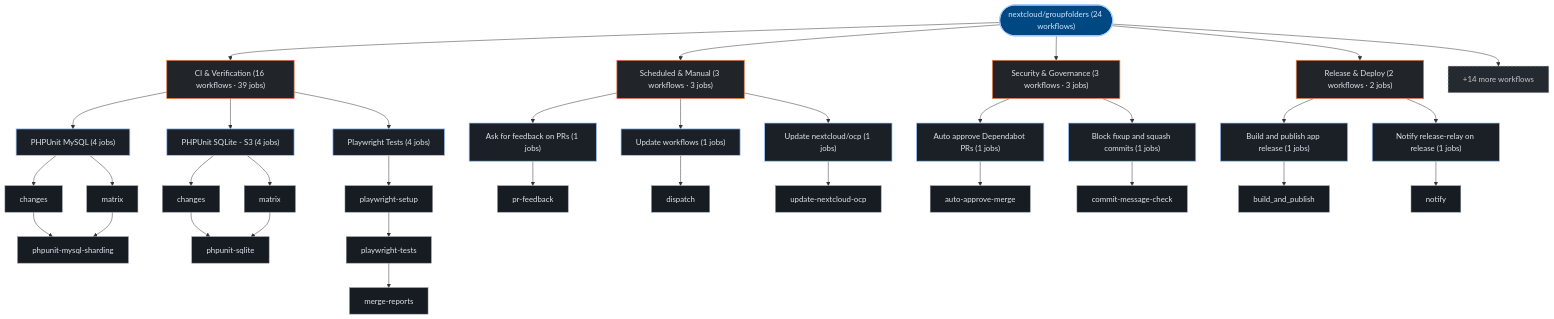
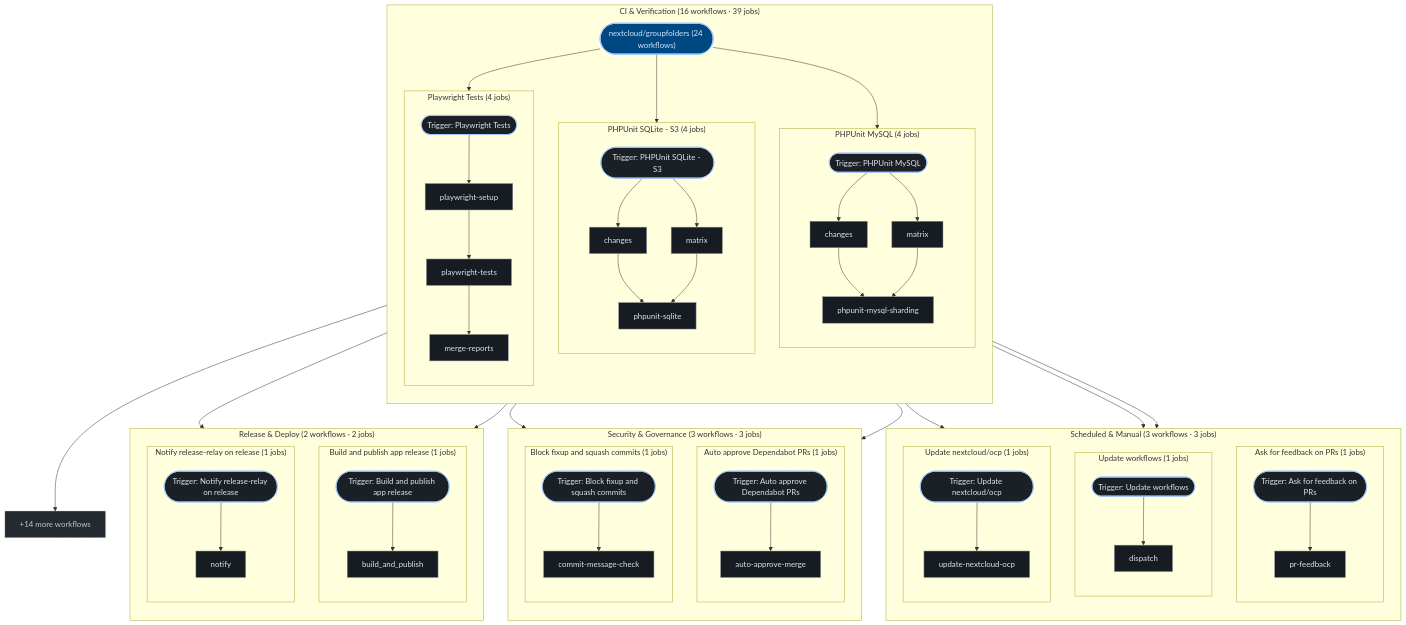
The third of 3 diagrams in exports/latest/reports/nextcloud-groupfolders-report.md (kumarshaz/atruss-code-atlas), drawn with Mermaid before and after one commit. The commit also changed 181 other files, not shown here.

````diff
--- a/exports/latest/reports/nextcloud-groupfolders-report.md
+++ b/exports/latest/reports/nextcloud-groupfolders-report.md
@@ -232,68 +232,102 @@
   classDef atlasAlert fill:#93000a,stroke:#ffb4ab,stroke-width:1.5px,color:#ffdad6
   classDef atlasMore fill:#252a31,stroke:#8d9199,stroke-dasharray:4 4,color:#c3c6cf
   pipeline_root(["nextcloud/groupfolders (24 workflows)"]):::atlasRoot
-  grp_0_CI___Verification["CI & Verification (16 workflows · 39 jobs)"]:::atlasCategory
-  pipeline_root --> grp_0_CI___Verification
-  wf_12_PHPUnit_MySQL["PHPUnit MySQL (4 jobs)"]:::atlasWorkflow
-  grp_0_CI___Verification --> wf_12_PHPUnit_MySQL
-  job_12_matrix["matrix"]:::atlasJob
-  job_12_changes["changes"]:::atlasJob
-  job_12_phpunit_mysql_sharding["phpunit-mysql-sharding"]:::atlasJob
-  wf_12_PHPUnit_MySQL --> job_12_matrix
-  wf_12_PHPUnit_MySQL --> job_12_changes
-  job_12_changes --> job_12_phpunit_mysql_sharding
-  job_12_matrix --> job_12_phpunit_mysql_sharding
-  wf_16_PHPUnit_SQLite___S3["PHPUnit SQLite - S3 (4 jobs)"]:::atlasWorkflow
-  grp_0_CI___Verification --> wf_16_PHPUnit_SQLite___S3
-  job_16_matrix["matrix"]:::atlasJob
-  job_16_changes["changes"]:::atlasJob
-  job_16_phpunit_sqlite["phpunit-sqlite"]:::atlasJob
-  wf_16_PHPUnit_SQLite___S3 --> job_16_matrix
-  wf_16_PHPUnit_SQLite___S3 --> job_16_changes
-  job_16_changes --> job_16_phpunit_sqlite
-  job_16_matrix --> job_16_phpunit_sqlite
-  wf_18_Playwright_Tests["Playwright Tests (4 jobs)"]:::atlasWorkflow
-  grp_0_CI___Verification --> wf_18_Playwright_Tests
-  job_18_playwright_setup["playwright-setup"]:::atlasJob
-  job_18_playwright_tests["playwright-tests"]:::atlasJob
-  job_18_merge_reports["merge-reports"]:::atlasJob
-  wf_18_Playwright_Tests --> job_18_playwright_setup
-  job_18_playwright_setup --> job_18_playwright_tests
-  job_18_playwright_tests --> job_18_merge_reports
-  grp_1_Scheduled___Manual["Scheduled & Manual (3 workflows · 3 jobs)"]:::atlasCategory
-  pipeline_root --> grp_1_Scheduled___Manual
-  wf_19_Ask_for_feedback_on_PRs["Ask for feedback on PRs (1 jobs)"]:::atlasWorkflow
-  grp_1_Scheduled___Manual --> wf_19_Ask_for_feedback_on_PRs
-  job_19_pr_feedback["pr-feedback"]:::atlasJob
-  wf_19_Ask_for_feedback_on_PRs --> job_19_pr_feedback
-  wf_22_Update_workflows["Update workflows (1 jobs)"]:::atlasWorkflow
-  grp_1_Scheduled___Manual --> wf_22_Update_workflows
-  job_22_dispatch["dispatch"]:::atlasJob
-  wf_22_Update_workflows --> job_22_dispatch
-  wf_23_Update_nextcloud_ocp["Update nextcloud/ocp (1 jobs)"]:::atlasWorkflow
-  grp_1_Scheduled___Manual --> wf_23_Update_nextcloud_ocp
-  job_23_update_nextcloud_ocp["update-nextcloud-ocp"]:::atlasJob
-  wf_23_Update_nextcloud_ocp --> job_23_update_nextcloud_ocp
-  grp_2_Security___Governance["Security & Governance (3 workflows · 3 jobs)"]:::atlasCategory
-  pipeline_root --> grp_2_Security___Governance
-  wf_1_Auto_approve_Dependabot_PRs["Auto approve Dependabot PRs (1 jobs)"]:::atlasWorkflow
-  grp_2_Security___Governance --> wf_1_Auto_approve_Dependabot_PRs
-  job_1_auto_approve_merge["auto-approve-merge"]:::atlasJob
-  wf_1_Auto_approve_Dependabot_PRs --> job_1_auto_approve_merge
-  wf_2_Block_fixup_and_squash_commits["Block fixup and squash commits (1 jobs)"]:::atlasWorkflow
-  grp_2_Security___Governance --> wf_2_Block_fixup_and_squash_commits
-  job_2_commit_message_check["commit-message-check"]:::atlasJob
-  wf_2_Block_fixup_and_squash_commits --> job_2_commit_message_check
-  grp_3_Release___Deploy["Release & Deploy (2 workflows · 2 jobs)"]:::atlasCategory
-  pipeline_root --> grp_3_Release___Deploy
-  wf_0_Build_and_publish_app_release["Build and publish app release (1 jobs)"]:::atlasWorkflow
-  grp_3_Release___Deploy --> wf_0_Build_and_publish_app_release
-  job_0_build_and_publish["build_and_publish"]:::atlasJob
-  wf_0_Build_and_publish_app_release --> job_0_build_and_publish
-  wf_20_Notify_release_relay_on_release["Notify release-relay on release (1 jobs)"]:::atlasWorkflow
-  grp_3_Release___Deploy --> wf_20_Notify_release_relay_on_release
-  job_20_notify["notify"]:::atlasJob
-  wf_20_Notify_release_relay_on_release --> job_20_notify
+  subgraph sg_grp_0_CI___Verification["CI & Verification (16 workflows · 39 jobs)"]
+    direction TB
+    subgraph sg_wf_12_PHPUnit_MySQL["PHPUnit MySQL (4 jobs)"]
+      direction TB
+      wf_12_PHPUnit_MySQL(["Trigger: PHPUnit MySQL"]):::atlasWorkflow
+      job_12_matrix["matrix"]:::atlasJob
+      job_12_changes["changes"]:::atlasJob
+      job_12_phpunit_mysql_sharding["phpunit-mysql-sharding"]:::atlasJob
+      wf_12_PHPUnit_MySQL --> job_12_matrix
+      wf_12_PHPUnit_MySQL --> job_12_changes
+      job_12_changes --> job_12_phpunit_mysql_sharding
+      job_12_matrix --> job_12_phpunit_mysql_sharding
+    end
+    pipeline_root --> wf_12_PHPUnit_MySQL
+    subgraph sg_wf_16_PHPUnit_SQLite___S3["PHPUnit SQLite - S3 (4 jobs)"]
+      direction TB
+      wf_16_PHPUnit_SQLite___S3(["Trigger: PHPUnit SQLite - S3"]):::atlasWorkflow
+      job_16_matrix["matrix"]:::atlasJob
+      job_16_changes["changes"]:::atlasJob
+      job_16_phpunit_sqlite["phpunit-sqlite"]:::atlasJob
+      wf_16_PHPUnit_SQLite___S3 --> job_16_matrix
+      wf_16_PHPUnit_SQLite___S3 --> job_16_changes
+      job_16_changes --> job_16_phpunit_sqlite
+      job_16_matrix --> job_16_phpunit_sqlite
+    end
+    pipeline_root --> wf_16_PHPUnit_SQLite___S3
+    subgraph sg_wf_18_Playwright_Tests["Playwright Tests (4 jobs)"]
+      direction TB
+      wf_18_Playwright_Tests(["Trigger: Playwright Tests"]):::atlasWorkflow
+      job_18_playwright_setup["playwright-setup"]:::atlasJob
+      job_18_playwright_tests["playwright-tests"]:::atlasJob
+      job_18_merge_reports["merge-reports"]:::atlasJob
+      wf_18_Playwright_Tests --> job_18_playwright_setup
+      job_18_playwright_setup --> job_18_playwright_tests
+      job_18_playwright_tests --> job_18_merge_reports
+    end
+    pipeline_root --> wf_18_Playwright_Tests
+  end
+  subgraph sg_grp_1_Scheduled___Manual["Scheduled & Manual (3 workflows · 3 jobs)"]
+    direction TB
+    subgraph sg_wf_19_Ask_for_feedback_on_PRs["Ask for feedback on PRs (1 jobs)"]
+      direction TB
+      wf_19_Ask_for_feedback_on_PRs(["Trigger: Ask for feedback on PRs"]):::atlasWorkflow
+      job_19_pr_feedback["pr-feedback"]:::atlasJob
+      wf_19_Ask_for_feedback_on_PRs --> job_19_pr_feedback
+    end
+    pipeline_root --> wf_19_Ask_for_feedback_on_PRs
+    subgraph sg_wf_22_Update_workflows["Update workflows (1 jobs)"]
+      direction TB
+      wf_22_Update_workflows(["Trigger: Update workflows"]):::atlasWorkflow
+      job_22_dispatch["dispatch"]:::atlasJob
+      wf_22_Update_workflows --> job_22_dispatch
+    end
+    pipeline_root --> wf_22_Update_workflows
+    subgraph sg_wf_23_Update_nextcloud_ocp["Update nextcloud/ocp (1 jobs)"]
+      direction TB
+      wf_23_Update_nextcloud_ocp(["Trigger: Update nextcloud/ocp"]):::atlasWorkflow
+      job_23_update_nextcloud_ocp["update-nextcloud-ocp"]:::atlasJob
+      wf_23_Update_nextcloud_ocp --> job_23_update_nextcloud_ocp
+    end
+    pipeline_root --> wf_23_Update_nextcloud_ocp
+  end
+  subgraph sg_grp_2_Security___Governance["Security & Governance (3 workflows · 3 jobs)"]
+    direction TB
+    subgraph sg_wf_1_Auto_approve_Dependabot_PRs["Auto approve Dependabot PRs (1 jobs)"]
+      direction TB
+      wf_1_Auto_approve_Dependabot_PRs(["Trigger: Auto approve Dependabot PRs"]):::atlasWorkflow
+      job_1_auto_approve_merge["auto-approve-merge"]:::atlasJob
+      wf_1_Auto_approve_Dependabot_PRs --> job_1_auto_approve_merge
+    end
+    pipeline_root --> wf_1_Auto_approve_Dependabot_PRs
+    subgraph sg_wf_2_Block_fixup_and_squash_commits["Block fixup and squash commits (1 jobs)"]
+      direction TB
+      wf_2_Block_fixup_and_squash_commits(["Trigger: Block fixup and squash commits"]):::atlasWorkflow
+      job_2_commit_message_check["commit-message-check"]:::atlasJob
+      wf_2_Block_fixup_and_squash_commits --> job_2_commit_message_check
+    end
+    pipeline_root --> wf_2_Block_fixup_and_squash_commits
+  end
+  subgraph sg_grp_3_Release___Deploy["Release & Deploy (2 workflows · 2 jobs)"]
+    direction TB
+    subgraph sg_wf_0_Build_and_publish_app_release["Build and publish app release (1 jobs)"]
+      direction TB
+      wf_0_Build_and_publish_app_release(["Trigger: Build and publish app release"]):::atlasWorkflow
+      job_0_build_and_publish["build_and_publish"]:::atlasJob
+      wf_0_Build_and_publish_app_release --> job_0_build_and_publish
+    end
+    pipeline_root --> wf_0_Build_and_publish_app_release
+    subgraph sg_wf_20_Notify_release_relay_on_release["Notify release-relay on release (1 jobs)"]
+      direction TB
+      wf_20_Notify_release_relay_on_release(["Trigger: Notify release-relay on release"]):::atlasWorkflow
+      job_20_notify["notify"]:::atlasJob
+      wf_20_Notify_release_relay_on_release --> job_20_notify
+    end
+    pipeline_root --> wf_20_Notify_release_relay_on_release
+  end
   wf_more["+14 more workflows"]:::atlasMore
   pipeline_root --> wf_more
 ```
````
